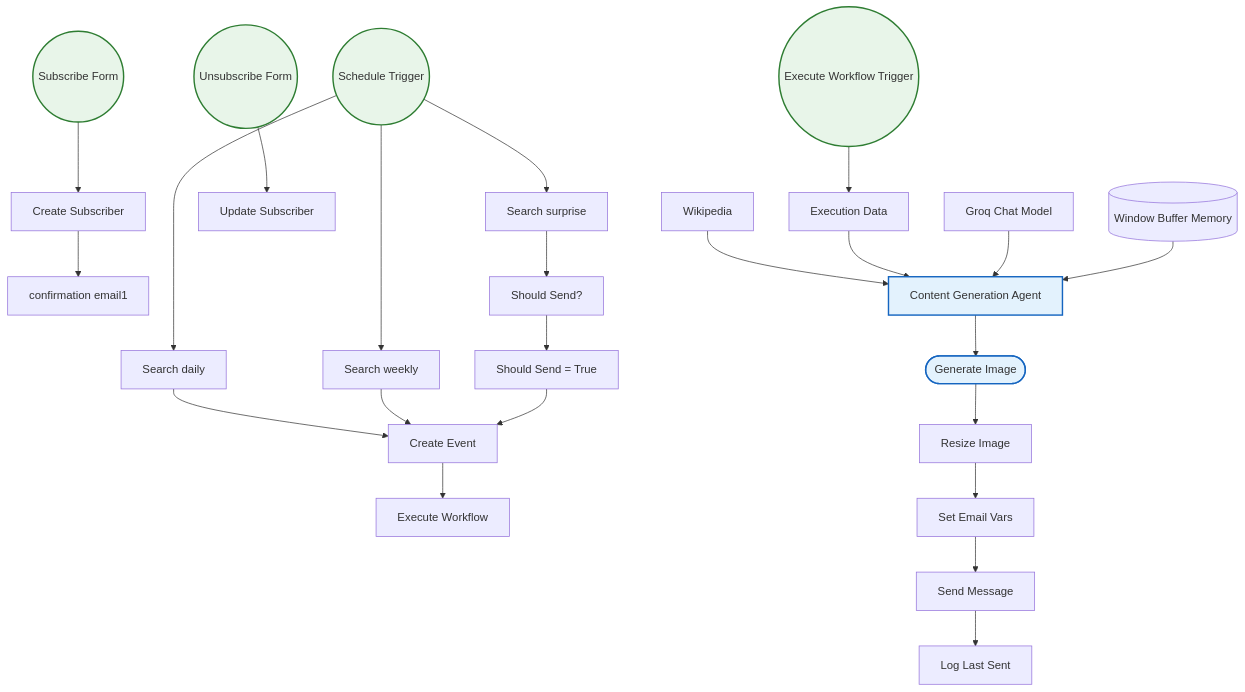
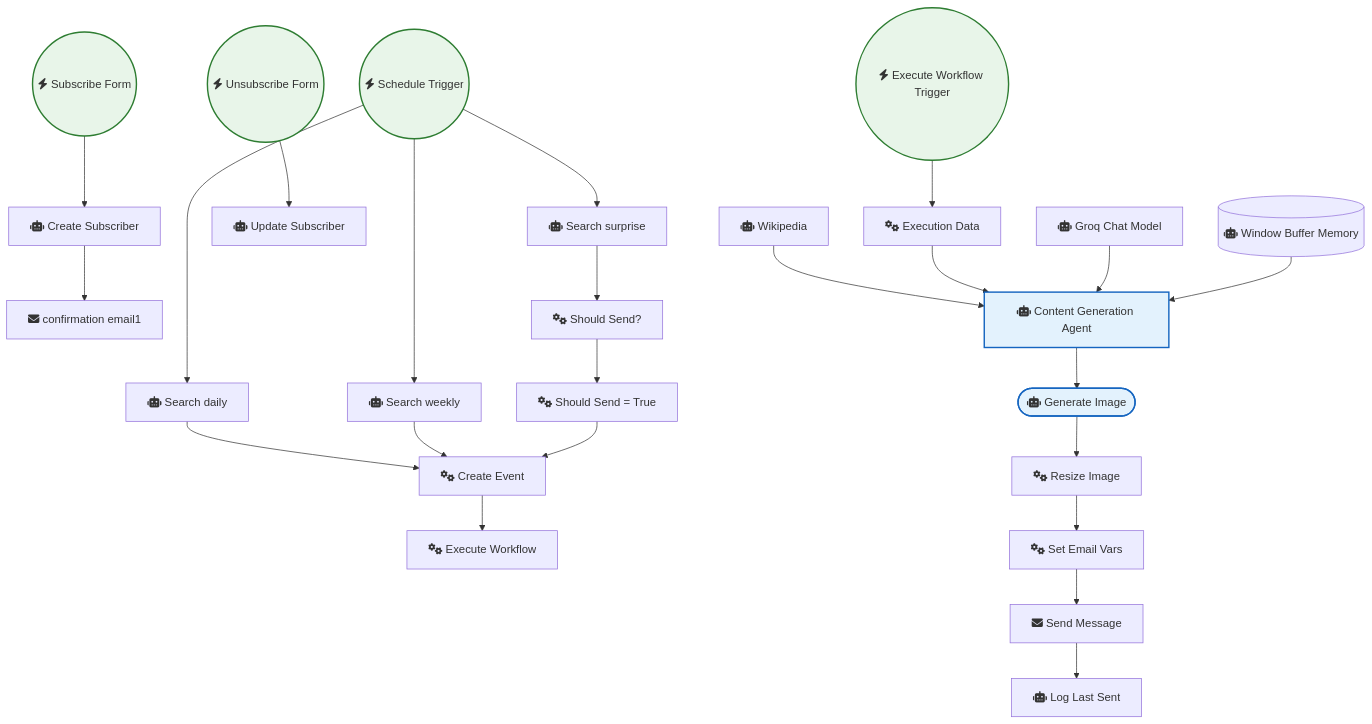
One commit to sreyash3105/N8N-DEMO-AUTOMATIONS changed the diagram in Forms_and_Surveys/Email Subscription Service with N8n Forms Airtable and Ai 1.md. Above: the diagram before and after it, drawn with Mermaid. The commit also changed 291 other files, not shown here.

````diff
--- a/Forms_and_Surveys/Email Subscription Service with N8n Forms Airtable and Ai 1.md
+++ b/Forms_and_Surveys/Email Subscription Service with N8n Forms Airtable and Ai 1.md
@@ -1,54 +1,54 @@
 ```mermaid
 graph TD
     classDef trigger fill:#e8f5e9,stroke:#2e7d32,stroke-width:2px;
     classDef ai fill:#e3f2fd,stroke:#1565c0,stroke-width:2px;
     classDef logic fill:#fff3e0,stroke:#ef6c00,stroke-width:2px;
 
-    Schedule_Trigger(("Schedule Trigger")):::trigger
-    Search_daily["Search daily"]
-    Search_weekly["Search weekly"]
-    confirmation_email1["confirmation email1"]
-    Execute_Workflow["Execute Workflow"]
-    Create_Event["Create Event"]
-    Execute_Workflow_Trigger(("Execute Workflow Trigger")):::trigger
-    Unsubscribe_Form(("Unsubscribe Form")):::trigger
-    Set_Email_Vars["Set Email Vars"]
-    Log_Last_Sent["Log Last Sent"]
-    Search_surprise["Search surprise"]
-    Should_Send___True["Should Send = True"]
-    Should_Send_["Should Send?"]
-    Create_Subscriber["Create Subscriber"]
-    Update_Subscriber["Update Subscriber"]
-    Subscribe_Form(("Subscribe Form")):::trigger
-    Execution_Data["Execution Data"]
-    Window_Buffer_Memory[("Window Buffer Memory")]
-    Wikipedia["Wikipedia"]
-    Content_Generation_Agent["Content Generation Agent"]:::ai
-    Groq_Chat_Model["Groq Chat Model"]
-    Generate_Image(["Generate Image"]):::ai
-    Resize_Image["Resize Image"]
-    Send_Message["Send Message"]
+    Schedule_Trigger(("fas:fa-bolt Schedule Trigger")):::trigger
+    Search_daily["fas:fa-robot Search daily"]
+    Search_weekly["fas:fa-robot Search weekly"]
+    confirmation_email1["fas:fa-envelope confirmation email1"]
+    Execute_Workflow["fas:fa-cogs Execute Workflow"]
+    Create_Event["fas:fa-cogs Create Event"]
+    Execute_Workflow_Trigger(("fas:fa-bolt Execute Workflow Trigger")):::trigger
+    Unsubscribe_Form(("fas:fa-bolt Unsubscribe Form")):::trigger
+    Set_Email_Vars["fas:fa-cogs Set Email Vars"]
+    Log_Last_Sent["fas:fa-robot Log Last Sent"]
+    Search_surprise["fas:fa-robot Search surprise"]
+    Should_Send___True["fas:fa-cogs Should Send = True"]
+    Should_Send_["fas:fa-cogs Should Send?"]
+    Create_Subscriber["fas:fa-robot Create Subscriber"]
+    Update_Subscriber["fas:fa-robot Update Subscriber"]
+    Subscribe_Form(("fas:fa-bolt Subscribe Form")):::trigger
+    Execution_Data["fas:fa-cogs Execution Data"]
+    Window_Buffer_Memory[("fas:fa-robot Window Buffer Memory")]
+    Wikipedia["fas:fa-robot Wikipedia"]
+    Content_Generation_Agent["fas:fa-robot Content Generation Agent"]:::ai
+    Groq_Chat_Model["fas:fa-robot Groq Chat Model"]
+    Generate_Image(["fas:fa-robot Generate Image"]):::ai
+    Resize_Image["fas:fa-cogs Resize Image"]
+    Send_Message["fas:fa-envelope Send Message"]
 
     Wikipedia --> Content_Generation_Agent
     Create_Event --> Execute_Workflow
     Resize_Image --> Set_Email_Vars
     Search_daily --> Create_Event
     Send_Message --> Log_Last_Sent
     Should_Send_ --> Should_Send___True
     Search_weekly --> Create_Event
     Execution_Data --> Content_Generation_Agent
     Generate_Image --> Resize_Image
     Set_Email_Vars --> Send_Message
     Subscribe_Form --> Create_Subscriber
     Groq_Chat_Model --> Content_Generation_Agent
     Search_surprise --> Should_Send_
     Schedule_Trigger --> Search_surprise
     Schedule_Trigger --> Search_daily
     Schedule_Trigger --> Search_weekly
     Unsubscribe_Form --> Update_Subscriber
     Create_Subscriber --> confirmation_email1
     Should_Send___True --> Create_Event
     Window_Buffer_Memory --> Content_Generation_Agent
     Content_Generation_Agent --> Generate_Image
     Execute_Workflow_Trigger --> Execution_Data
 ```
````
